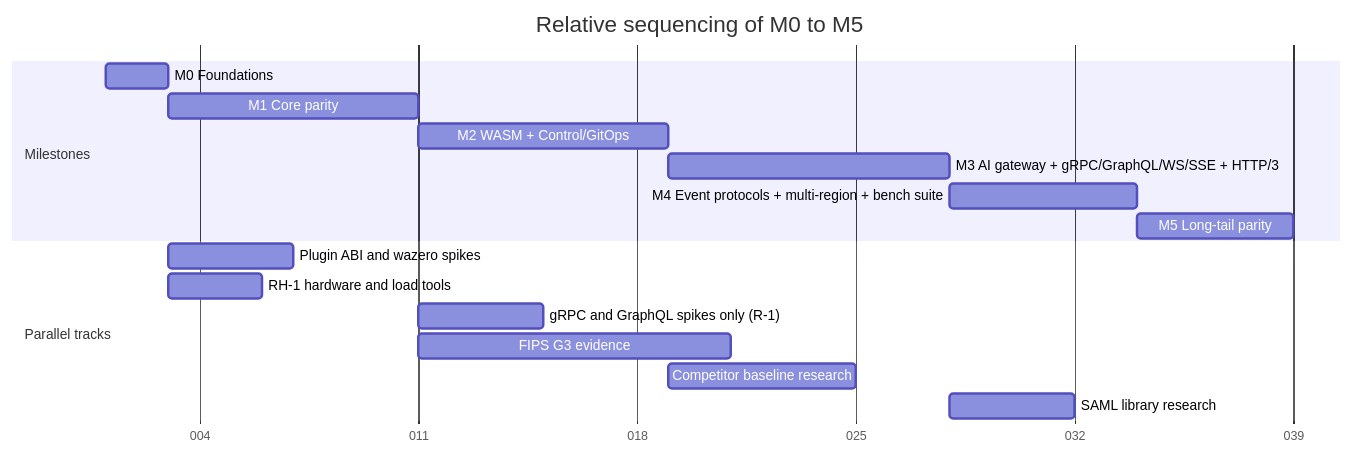
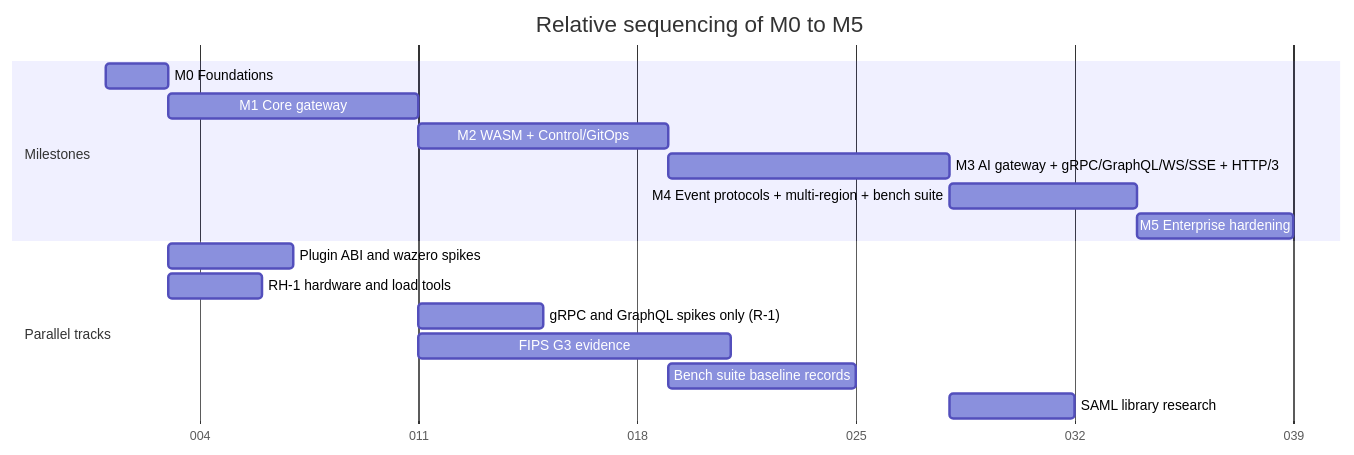
One commit to ravindu-rev/ruralz changed the diagram in docs/roadmap/01-roadmap-and-milestones.md. Above: the diagram before and after it, drawn with Mermaid. The commit also changed other lines of this file and 2 other files, not shown here.

First line of the commit message:
docs: checkpoint removal of competitor references (in progress)

````diff
--- a/docs/roadmap/01-roadmap-and-milestones.md
+++ b/docs/roadmap/01-roadmap-and-milestones.md
@@ -232,21 +228,21 @@
 ```mermaid
 gantt
     title Relative sequencing of M0 to M5
     dateFormat X
     axisFormat %j
     todayMarker off
     section Milestones
     M0 Foundations                                  :m0, 0, 2d
-    M1 Core parity                                  :m1, after m0, 8d
+    M1 Core gateway                                 :m1, after m0, 8d
     M2 WASM + Control/GitOps                        :m2, after m1, 8d
     M3 AI gateway + gRPC/GraphQL/WS/SSE + HTTP/3    :m3, after m2, 9d
     M4 Event protocols + multi-region + bench suite :m4, after m3, 6d
-    M5 Long-tail parity                             :m5, after m4, 5d
+    M5 Enterprise hardening                         :m5, after m4, 5d
     section Parallel tracks
     Plugin ABI and wazero spikes                    :t1, after m0, 4d
     RH-1 hardware and load tools                    :t2, after m0, 3d
     gRPC and GraphQL spikes only (R-1)              :t3, after m1, 4d
     FIPS G3 evidence                                :t4, after m1, 10d
-    Competitor baseline research                    :t5, after m2, 6d
+    Bench suite baseline records                    :t5, after m2, 6d
     SAML library research                           :t6, after m3, 4d
 ```
````
